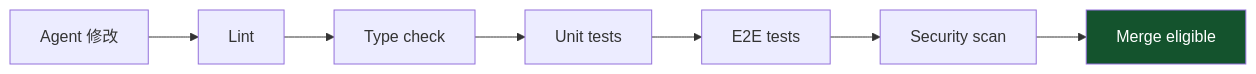
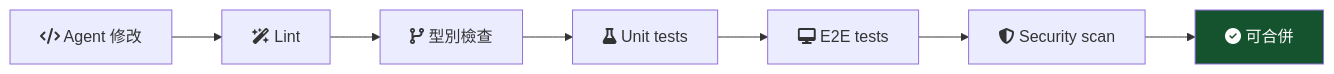
The third of 5 diagrams in content/zh-tw/ideas/agent-loops.mdx (nelson-o/nelson-o.github.io), drawn with Mermaid before and after one commit. The commit also changed other lines of this file and 3 other files, not shown here.

````diff
--- a/content/zh-tw/ideas/agent-loops.mdx
+++ b/content/zh-tw/ideas/agent-loops.mdx
@@ -178,11 +178,11 @@
 ```mermaid
 flowchart LR
-  A["Agent 修改"] --> B["Lint"]
-  B --> C["Type check"]
-  C --> D["Unit tests"]
-  D --> E["E2E tests"]
-  E --> F["Security scan"]
-  F --> G["Merge eligible"]
+  A["fa:fa-code Agent 修改"] --> B["fa:fa-wand-magic-sparkles Lint"]
+  B --> C["fa:fa-code-branch 型別檢查"]
+  C --> D["fa:fa-flask Unit tests"]
+  D --> E["fa:fa-desktop E2E tests"]
+  E --> F["fa:fa-shield-halved Security scan"]
+  F --> G["fa:fa-circle-check 可合併"]
 
   style G fill:#14532d,color:#fff
 ```
````
